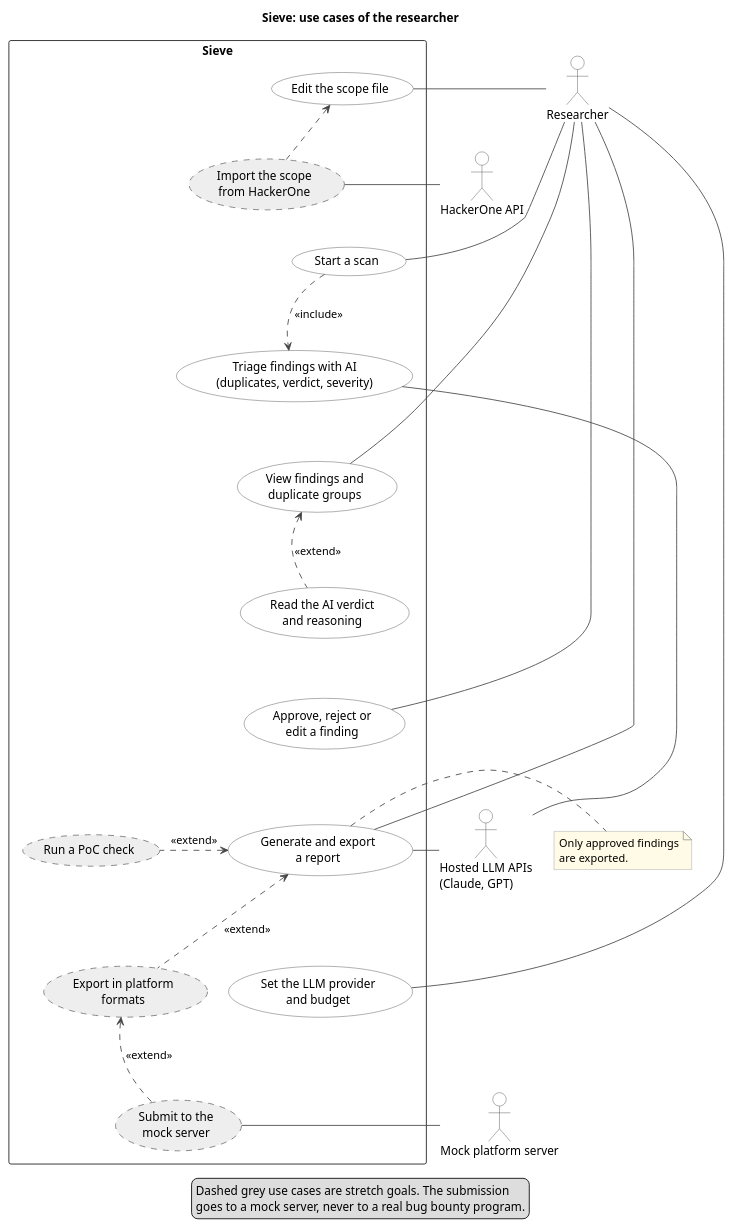
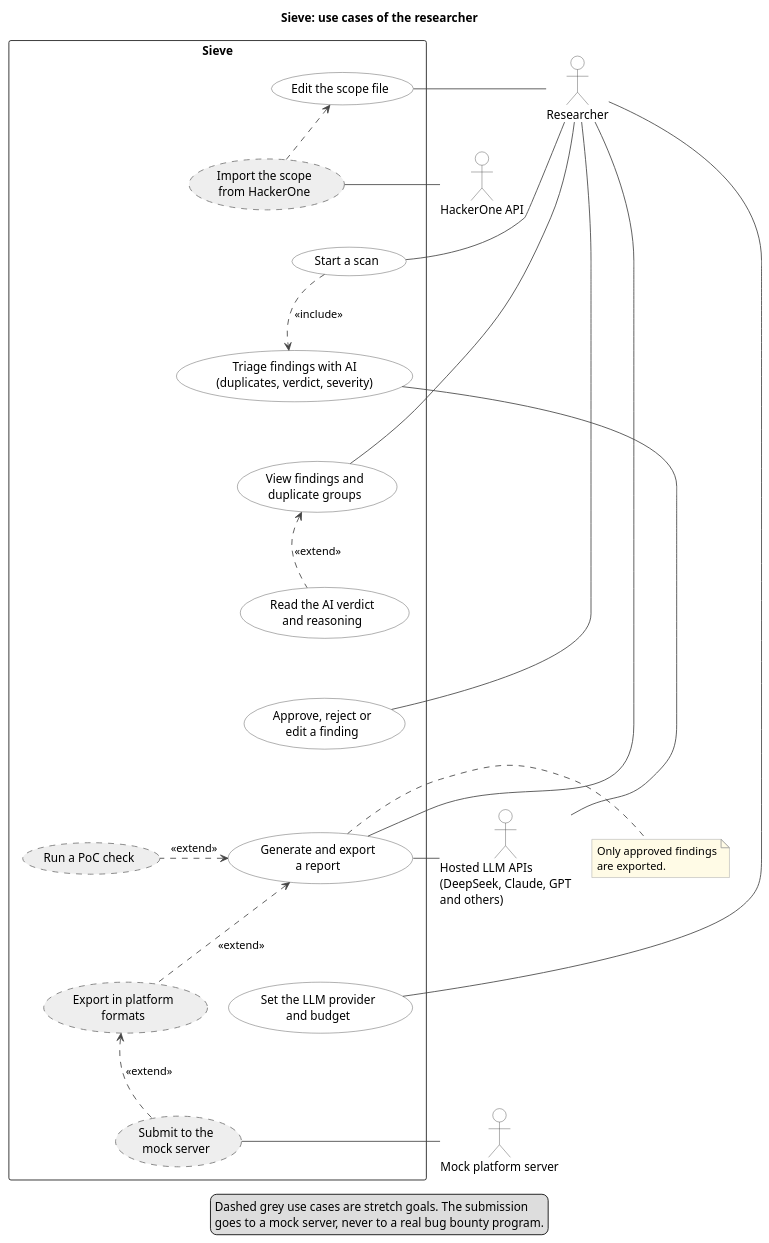
One commit to sieve-ku-comp491/sieve changed the diagram in docs/use-cases.puml. Above: the diagram before and after it, drawn with PlantUML. The commit also changed 2 other files, not shown here.

Commit message:
docs: name the supported LLM providers
Refs #4

```diff
--- a/docs/use-cases.puml
+++ b/docs/use-cases.puml
@@ -1,86 +1,86 @@
 @startuml use-cases
 title Sieve: use cases of the researcher
 
 skinparam shadowing false
 skinparam packageStyle rectangle
 skinparam defaultFontName Helvetica
 skinparam nodesep 25
 skinparam ranksep 70
 skinparam ArrowColor #444444
 skinparam actor {
   BorderColor #444444
   BackgroundColor White
 }
 skinparam usecase {
   BorderColor #444444
   BackgroundColor White
 }
 skinparam note {
   BorderColor #999999
   BackgroundColor #FFFBE6
 }
 
 actor "Researcher" as R
 
 rectangle "Sieve" {
 
   usecase "Edit the scope file" as UC1
   usecase "Start a scan" as UC2
   usecase "Triage findings with AI\n(duplicates, verdict, severity)" as UC3
   usecase "View findings and\nduplicate groups" as UC4
   usecase "Read the AI verdict\nand reasoning" as UC5
   usecase "Approve, reject or\nedit a finding" as UC6
   usecase "Generate and export\na report" as UC7
   usecase "Set the LLM provider\nand budget" as UC8
 
   usecase "Import the scope\nfrom HackerOne" as S1 #EEEEEE;line:777777;line.dashed
   usecase "Run a PoC check" as S2 #EEEEEE;line:777777;line.dashed
   usecase "Export in platform\nformats" as S3 #EEEEEE;line:777777;line.dashed
   usecase "Submit to the\nmock server" as S4 #EEEEEE;line:777777;line.dashed
 }
 
-actor "Hosted LLM APIs\n(Claude, GPT)" as LLM
+actor "Hosted LLM APIs\n(DeepSeek, Claude, GPT\nand others)" as LLM
 actor "HackerOne API" as H1
 actor "Mock platform server" as MOCK
 
 R -right- UC1
 R -right- UC2
 R -right- UC4
 R -right- UC6
 R -right- UC7
 R -right- UC8
 
 UC2 ..> UC3 : <<include>>
 UC5 .up.> UC4 : <<extend>>
 S1 .left.> UC1 : <<extend>>
 S2 .left.> UC7 : <<extend>>
 S3 .left.> UC7 : <<extend>>
 S4 .up.> S3 : <<extend>>
 
 UC3 -right- LLM
 UC7 -right- LLM
 S1 -right- H1
 S4 -right- MOCK
 
 UC1 -[hidden]down- UC2
 UC2 -[hidden]down- UC3
 UC3 -[hidden]down- UC4
 UC4 -[hidden]down- UC5
 UC5 -[hidden]down- UC6
 UC6 -[hidden]down- UC7
 UC7 -[hidden]down- UC8
 S1 -[hidden]down- S2
 S2 -[hidden]down- S3
 S3 -[hidden]down- S4
 
 note right of UC7
   Only approved findings
   are exported.
 end note
 
 legend bottom
   Dashed grey use cases are stretch goals. The submission
   goes to a mock server, never to a real bug bounty program.
 endlegend
 
 @enduml
```
